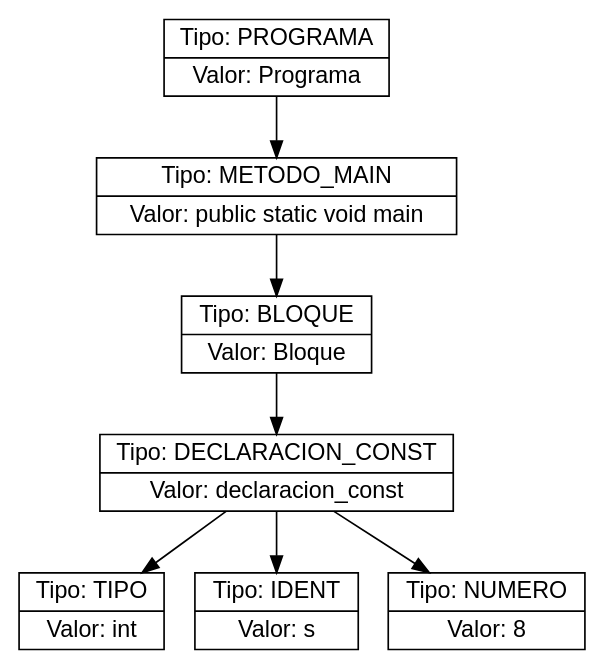
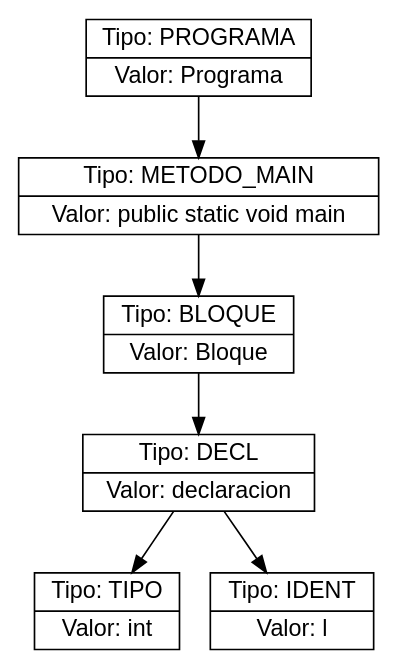
Before and after one commit to Farot30/OLC2_2s2025_P2_202307820: the diagram in ast.dot, drawn with Graphviz. The commit also changed 16 other files, not shown here.

```diff
--- a/ast.dot
+++ b/ast.dot
@@ -1,16 +1,14 @@
 digraph AST {
   node [shape=record,fontname="Helvetica"];
-  n0x575972c00ff0 [label="{Tipo: PROGRAMA|Valor: Programa}"];
-  n0x575972c00ff0 -> n0x575972f06480;
-  n0x575972f06480 [label="{Tipo: METODO_MAIN|Valor: public static void main}"];
-  n0x575972f06480 -> n0x575972b42570;
-  n0x575972b42570 [label="{Tipo: BLOQUE|Valor: Bloque}"];
-  n0x575972b42570 -> n0x575972f14620;
-  n0x575972f14620 [label="{Tipo: DECLARACION_CONST|Valor: declaracion_const}"];
-  n0x575972f14620 -> n0x575972df07e0;
-  n0x575972df07e0 [label="{Tipo: TIPO|Valor: int}"];
-  n0x575972f14620 -> n0x575972deb6a0;
-  n0x575972deb6a0 [label="{Tipo: IDENT|Valor: s}"];
-  n0x575972f14620 -> n0x575972f121f0;
-  n0x575972f121f0 [label="{Tipo: NUMERO|Valor: 8}"];
+  n0x61815e106bd0 [label="{Tipo: PROGRAMA|Valor: Programa}"];
+  n0x61815e106bd0 -> n0x61815e12f7c0;
+  n0x61815e12f7c0 [label="{Tipo: METODO_MAIN|Valor: public static void main}"];
+  n0x61815e12f7c0 -> n0x61815dd872a0;
+  n0x61815dd872a0 [label="{Tipo: BLOQUE|Valor: Bloque}"];
+  n0x61815dd872a0 -> n0x61815dfed6b0;
+  n0x61815dfed6b0 [label="{Tipo: DECL|Valor: declaracion}"];
+  n0x61815dfed6b0 -> n0x61815dfeb190;
+  n0x61815dfeb190 [label="{Tipo: TIPO|Valor: int}"];
+  n0x61815dfed6b0 -> n0x61815dfebef0;
+  n0x61815dfebef0 [label="{Tipo: IDENT|Valor: l}"];
 }
```
